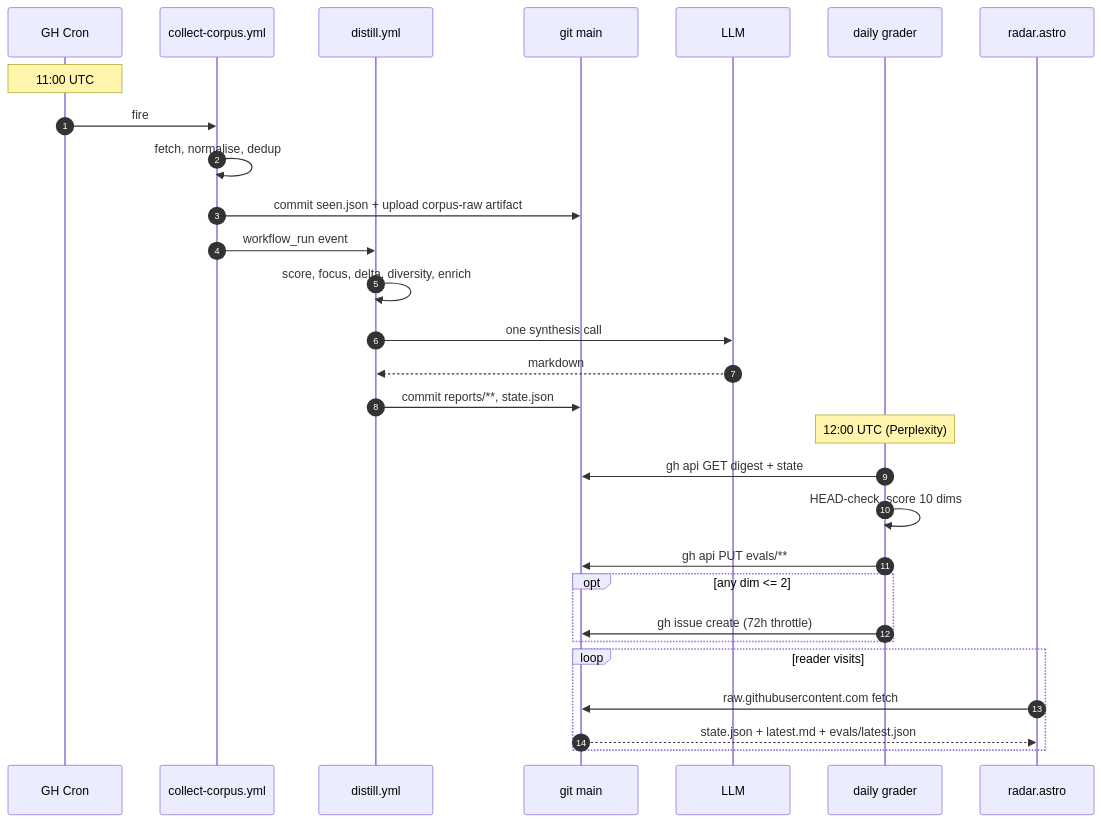
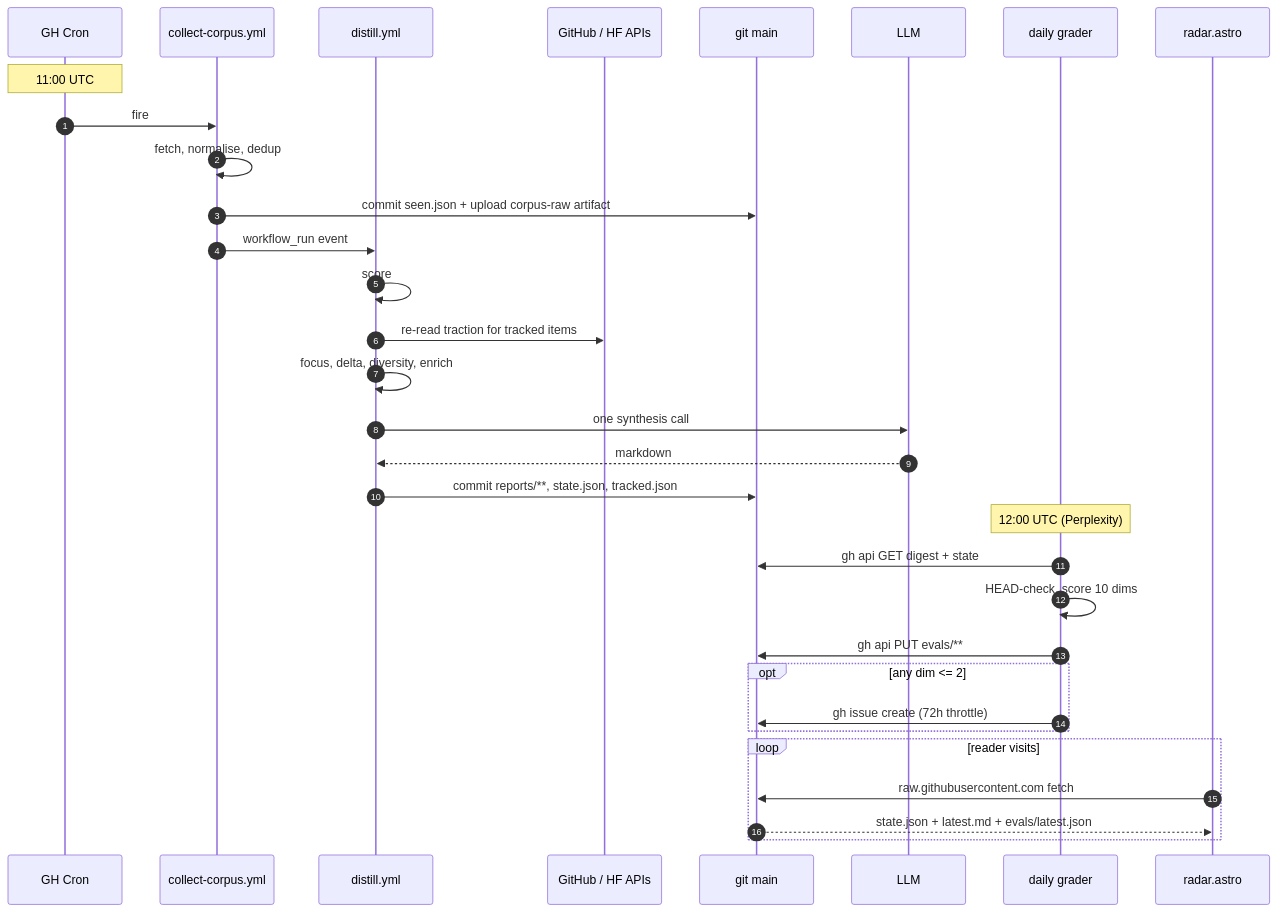
One commit to amaljithkuttamath/ai-radar changed the fourth of 4 diagrams in docs/architecture.md. Above: the diagram before and after it, drawn with Mermaid. The commit also changed other lines of this file and 28 other files, not shown here.

````diff
--- a/docs/architecture.md
+++ b/docs/architecture.md
@@ -162,34 +186,37 @@
 ```mermaid
 sequenceDiagram
   autonumber
   participant Cron as GH Cron
   participant Collect as collect-corpus.yml
   participant Distill as distill.yml
+  participant Sources as GitHub / HF APIs
   participant Repo as git main
   participant Model as LLM
   participant Grader as daily grader
   participant Site as radar.astro
 
   Note over Cron: 11:00 UTC
   Cron->>Collect: fire
   Collect->>Collect: fetch, normalise, dedup
   Collect->>Repo: commit seen.json + upload corpus-raw artifact
   Collect->>Distill: workflow_run event
-  Distill->>Distill: score, focus, delta, diversity, enrich
+  Distill->>Distill: score
+  Distill->>Sources: re-read traction for tracked items
+  Distill->>Distill: focus, delta, diversity, enrich
   Distill->>Model: one synthesis call
   Model-->>Distill: markdown
-  Distill->>Repo: commit reports/**, state.json
+  Distill->>Repo: commit reports/**, state.json, tracked.json
 
   Note over Grader: 12:00 UTC (Perplexity)
   Grader->>Repo: gh api GET digest + state
   Grader->>Grader: HEAD-check, score 10 dims
   Grader->>Repo: gh api PUT evals/**
   opt any dim <= 2
     Grader->>Repo: gh issue create (72h throttle)
   end
 
   loop reader visits
     Site->>Repo: raw.githubusercontent.com fetch
     Repo-->>Site: state.json + latest.md + evals/latest.json
   end
 ```
````
